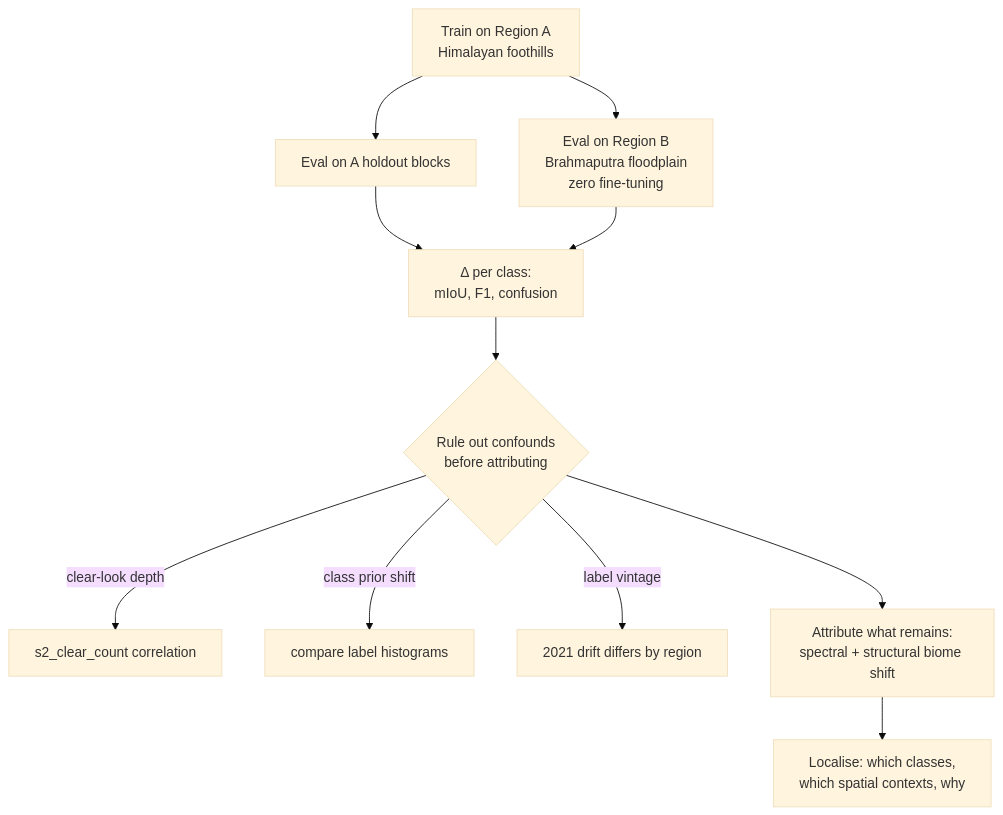
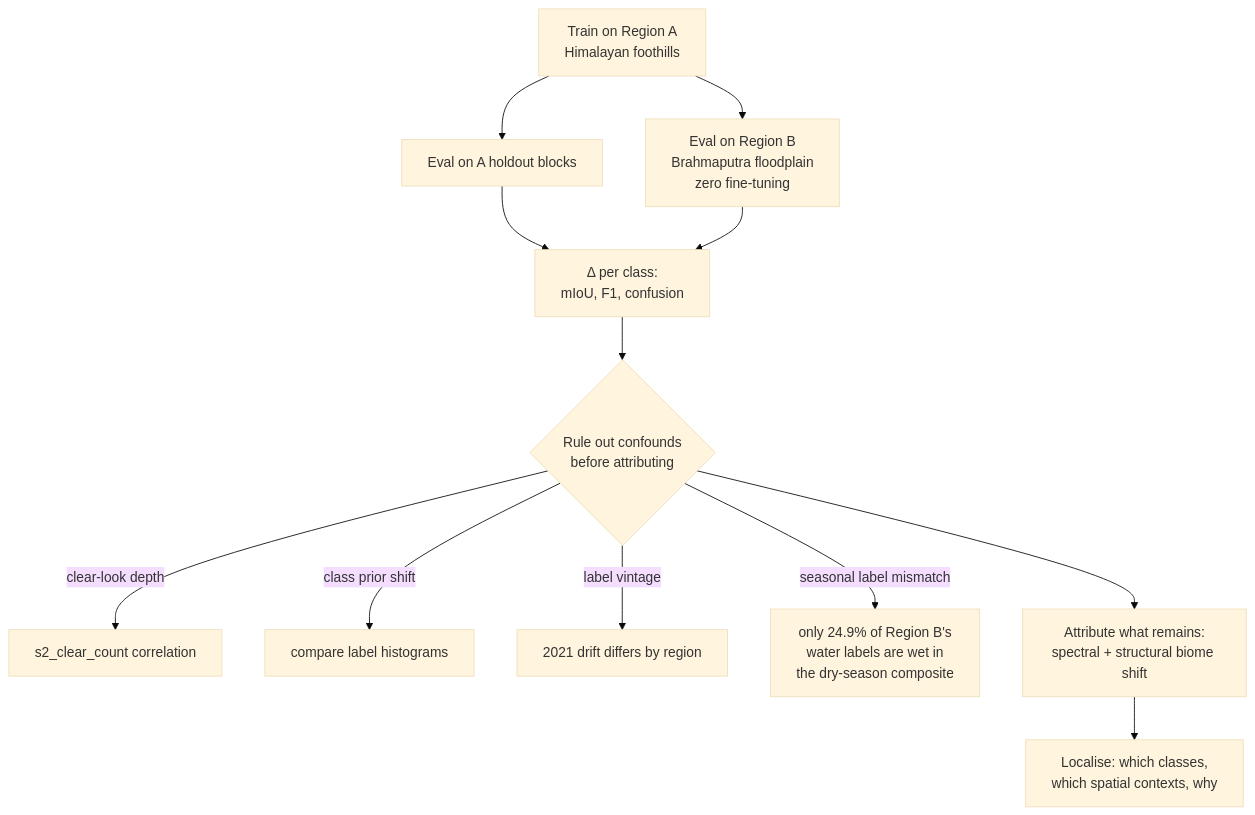
Before and after one commit to Divyanshb30/GeoRescue: the fourth of 6 diagrams in ARCHITECTURE.md, drawn with Mermaid (base theme). The commit also changed other lines of this file and 1 other file, not shown here.

Commit message:
region b composite complete; document the seasonal water label mismatch

````diff
--- a/ARCHITECTURE.md
+++ b/ARCHITECTURE.md
@@ -279,13 +279,14 @@
 ```mermaid
 flowchart TD
     TA["Train on Region A<br/>Himalayan foothills"] --> EA["Eval on A holdout blocks"]
     TA --> EB["Eval on Region B<br/>Brahmaputra floodplain<br/>zero fine-tuning"]
     EA --> D["Δ per class:<br/>mIoU, F1, confusion"]
     EB --> D
     D --> CF{"Rule out confounds<br/>before attributing"}
     CF -->|"clear-look depth"| C1["s2_clear_count correlation"]
     CF -->|"class prior shift"| C2["compare label histograms"]
     CF -->|"label vintage"| C3["2021 drift differs by region"]
+    CF -->|"seasonal label mismatch"| C4["only 24.9% of Region B's<br/>water labels are wet in<br/>the dry-season composite"]
     CF --> ATTR["Attribute what remains:<br/>spectral + structural biome shift"]
     ATTR --> LOC["Localise: which classes,<br/>which spatial contexts, why"]
 ```
````
